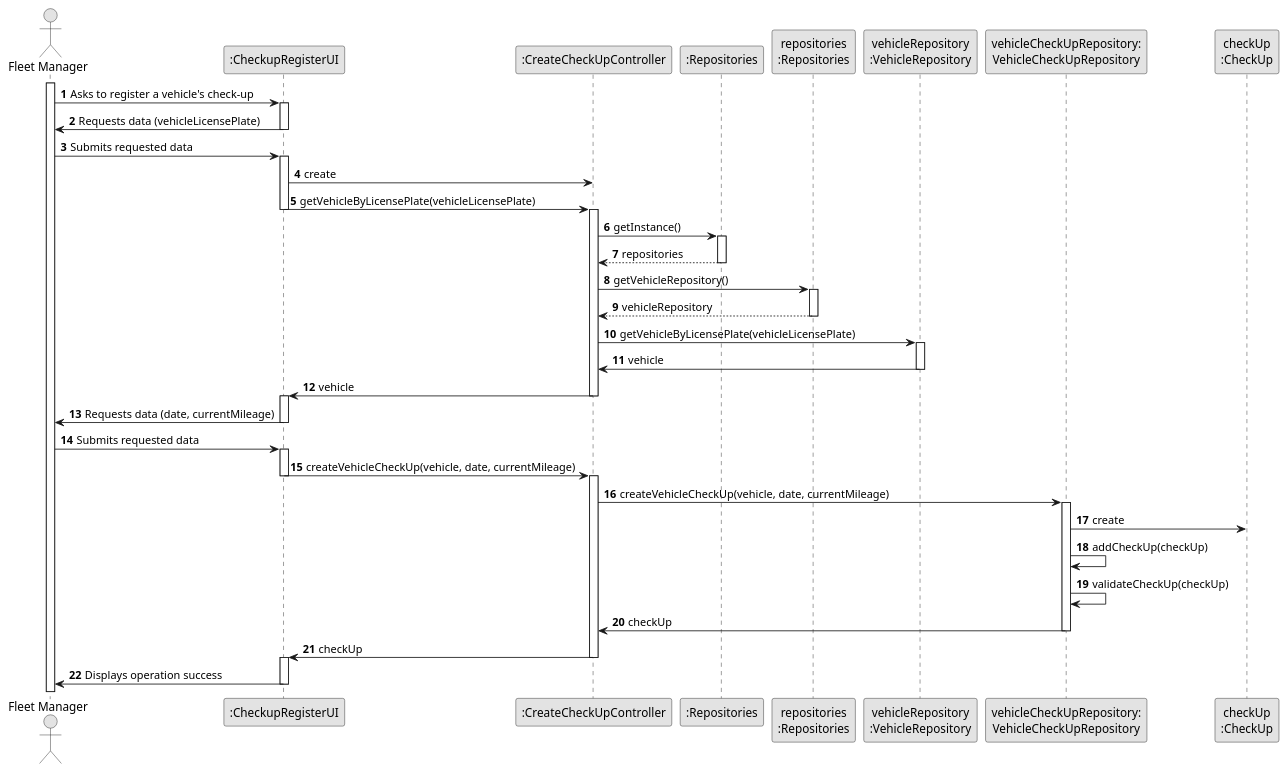
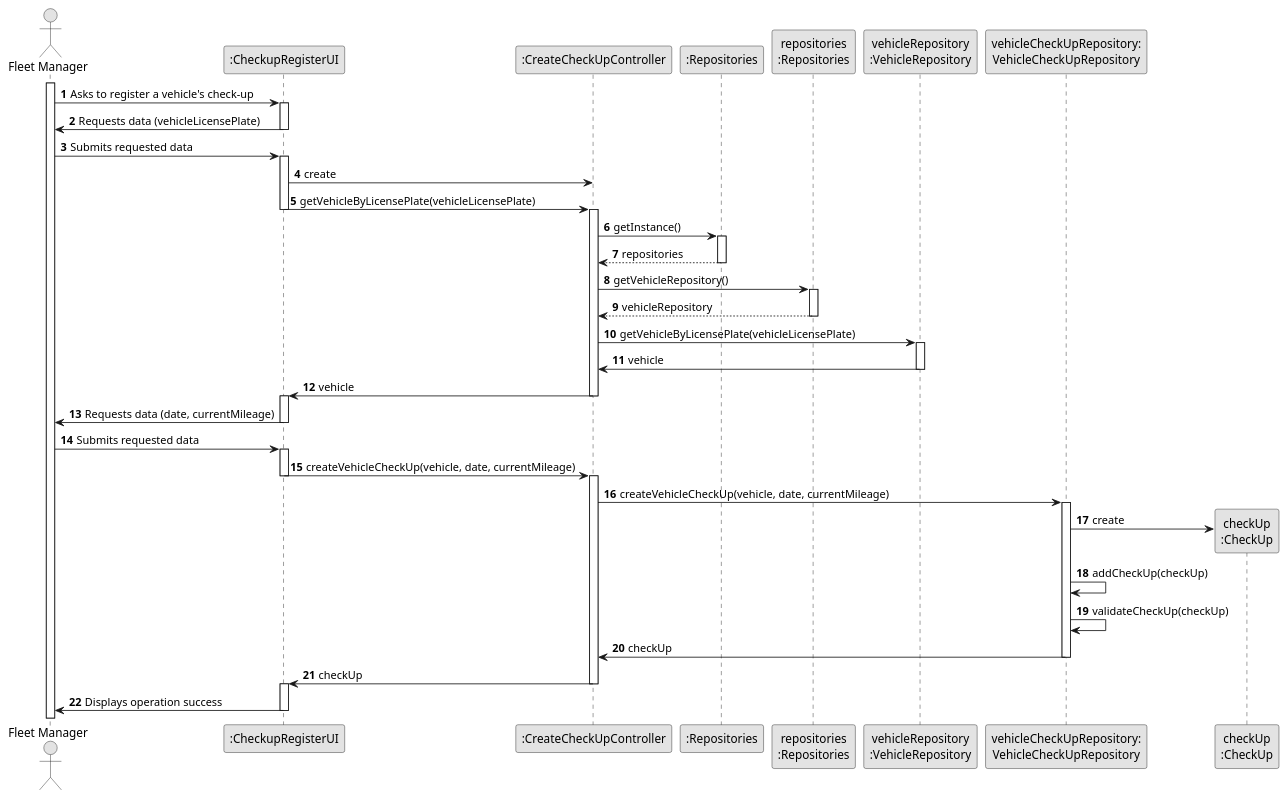
The diagram in docs/sprintB/us007/03.design/puml/us007-sequence-diagram-full.puml (SAEmanuel/Green_Spaces_Management_ISEP), drawn with PlantUML before and after one commit. The commit also changed 1 other file, not shown here.

Commit message:
US007 - Minor changes diagrams

```diff
--- a/docs/sprintB/us007/03.design/puml/us007-sequence-diagram-full.puml
+++ b/docs/sprintB/us007/03.design/puml/us007-sequence-diagram-full.puml
@@ -1,108 +1,109 @@
 @startuml
 skinparam monochrome true
 skinparam packageStyle rectangle
 skinparam shadowing false
 
 autonumber
 
 actor "Fleet Manager" as FM
 
 participant ":CheckupRegisterUI" as UI
 participant ":CreateCheckUpController" as CTRL
 participant ":Repositories" as RepositorySingleton
 participant "repositories\n:Repositories" as PLAT
 participant "vehicleRepository\n:VehicleRepository" as vehicleRepository
 participant "vehicleCheckUpRepository:\nVehicleCheckUpRepository" as VehicleCheckUpRepository
 participant "checkUp\n:CheckUp" as CHECKUP
 
 activate FM
 
 FM -> UI : Asks to register a vehicle's check-up
 activate UI
 
 UI -> FM : Requests data (vehicleLicensePlate)
 deactivate UI
 
 FM -> UI : Submits requested data
 activate UI
 
 UI -> CTRL : create
 
 UI -> CTRL : getVehicleByLicensePlate(vehicleLicensePlate)
 
 deactivate UI
 
 activate CTRL
+
 CTRL -> RepositorySingleton : getInstance()
 activate RepositorySingleton
 
 RepositorySingleton --> CTRL: repositories
 deactivate RepositorySingleton
 
 CTRL -> PLAT : getVehicleRepository()
 activate PLAT
 
 PLAT --> CTRL: vehicleRepository
 deactivate PLAT
 
 CTRL -> vehicleRepository : getVehicleByLicensePlate(vehicleLicensePlate)
 
 activate vehicleRepository
 
 vehicleRepository -> CTRL : vehicle
 deactivate vehicleRepository
 
 
 CTRL -> UI : vehicle
 deactivate CTRL
 
 activate UI
 
 UI -> FM : Requests data (date, currentMileage)
 deactivate UI
 
 FM -> UI : Submits requested data
 activate UI
 
 UI -> CTRL : createVehicleCheckUp(vehicle, date, currentMileage)
 deactivate UI
 activate CTRL
 
 CTRL -> VehicleCheckUpRepository : createVehicleCheckUp(vehicle, date, currentMileage)
 activate VehicleCheckUpRepository
 
-VehicleCheckUpRepository -> CHECKUP : create
+VehicleCheckUpRepository -> CHECKUP** : create
 VehicleCheckUpRepository -> VehicleCheckUpRepository : addCheckUp(checkUp)
 
 
  VehicleCheckUpRepository -> VehicleCheckUpRepository : validateCheckUp(checkUp)
 
 VehicleCheckUpRepository -> CTRL : checkUp
 deactivate VehicleCheckUpRepository
 
 
 deactivate VehicleCheckUpRepository
 
 CTRL -> UI : checkUp
 
 
 deactivate CTRL
 activate UI
 
 
 UI -> FM : Displays operation success
 deactivate UI
 
 
 
 
 
 
 
 
 
 
 
 
 
 @enduml
```
